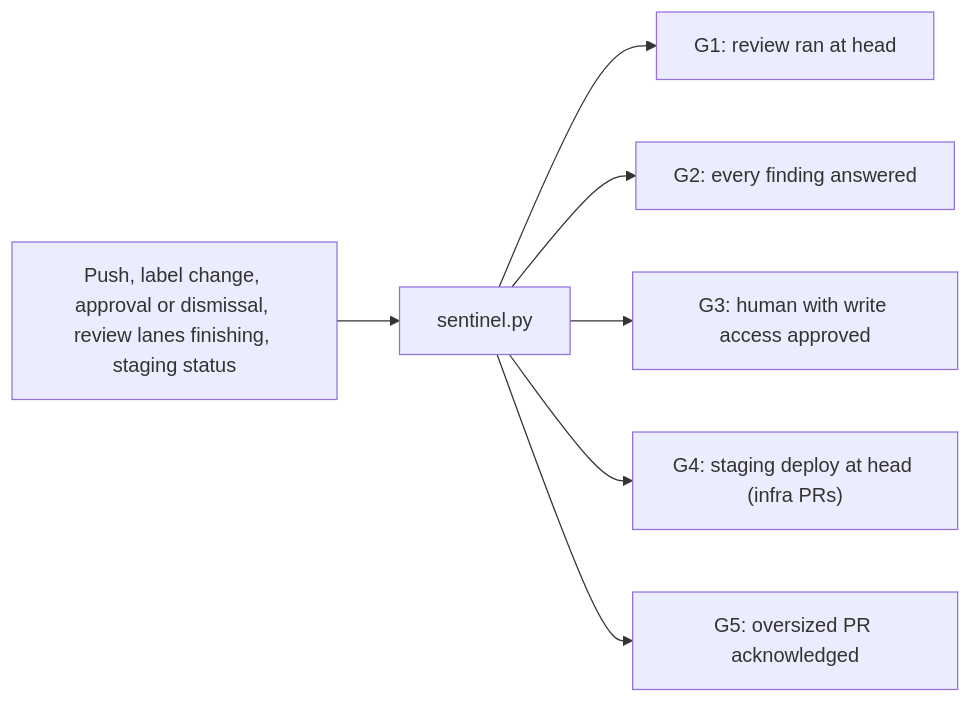
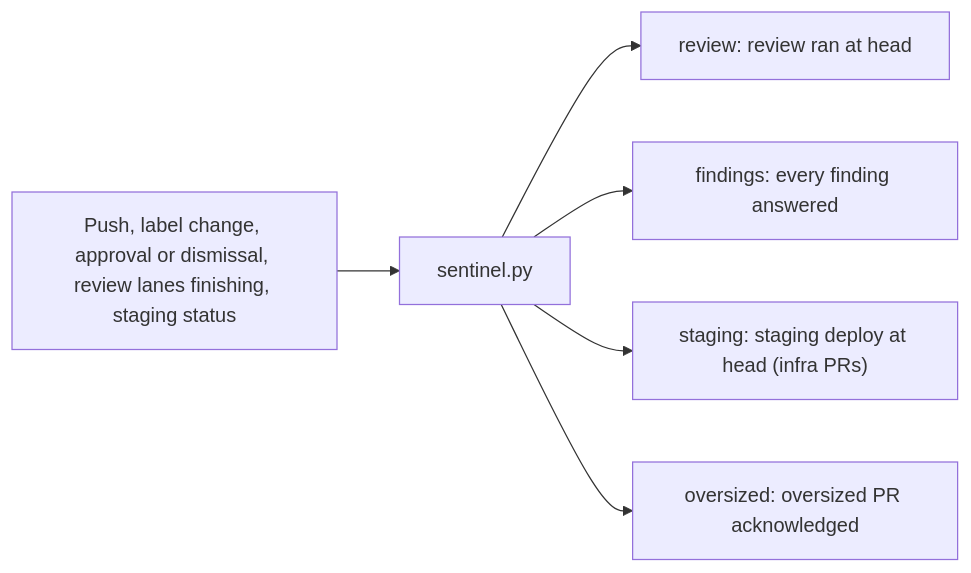
The seventh of 9 diagrams in BUILD-AND-DEPLOY.md (pulumi/docs), drawn with Mermaid before and after one commit. The commit also changed other lines of this file and 46 other files, not shown here.

````diff
--- a/BUILD-AND-DEPLOY.md
+++ b/BUILD-AND-DEPLOY.md
@@ -1332,9 +1332,8 @@
 ```mermaid
 flowchart LR
   EV["`Push, label change, approval or dismissal, review lanes finishing, staging status`"] --> SE["`sentinel.py`"]
-  SE --> G1["`G1: review ran at head`"]
-  SE --> G2["`G2: every finding answered`"]
-  SE --> G3["`G3: human with write access approved`"]
-  SE --> G4["`G4: staging deploy at head (infra PRs)`"]
-  SE --> G5["`G5: oversized PR acknowledged`"]
+  SE --> R["`review: review ran at head`"]
+  SE --> F["`findings: every finding answered`"]
+  SE --> S["`staging: staging deploy at head (infra PRs)`"]
+  SE --> O["`oversized: oversized PR acknowledged`"]
 ```
````
